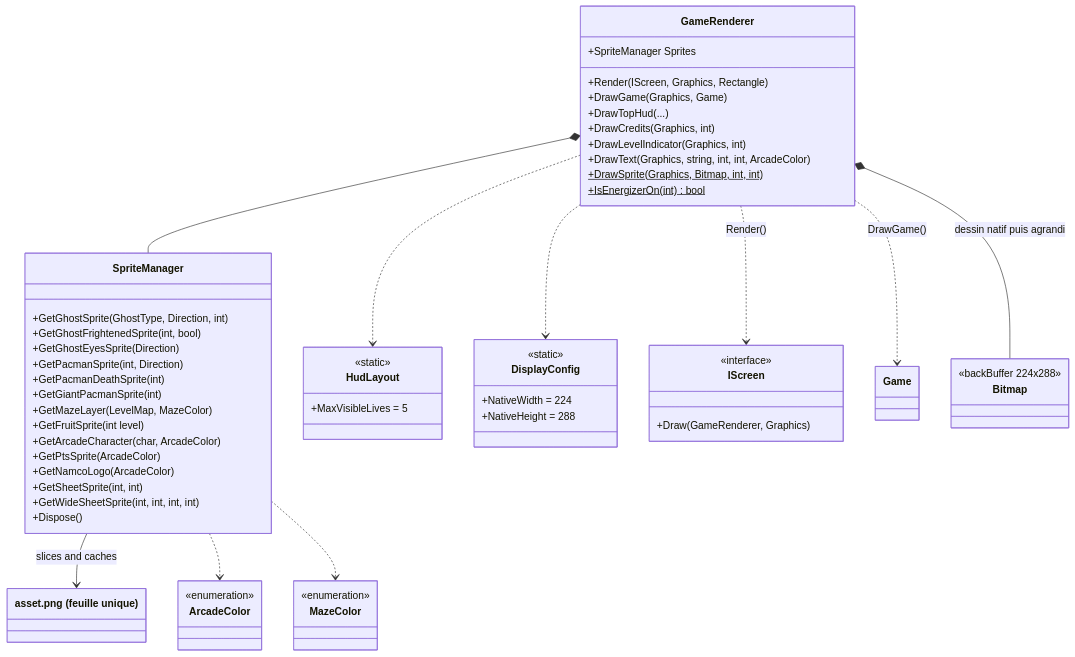
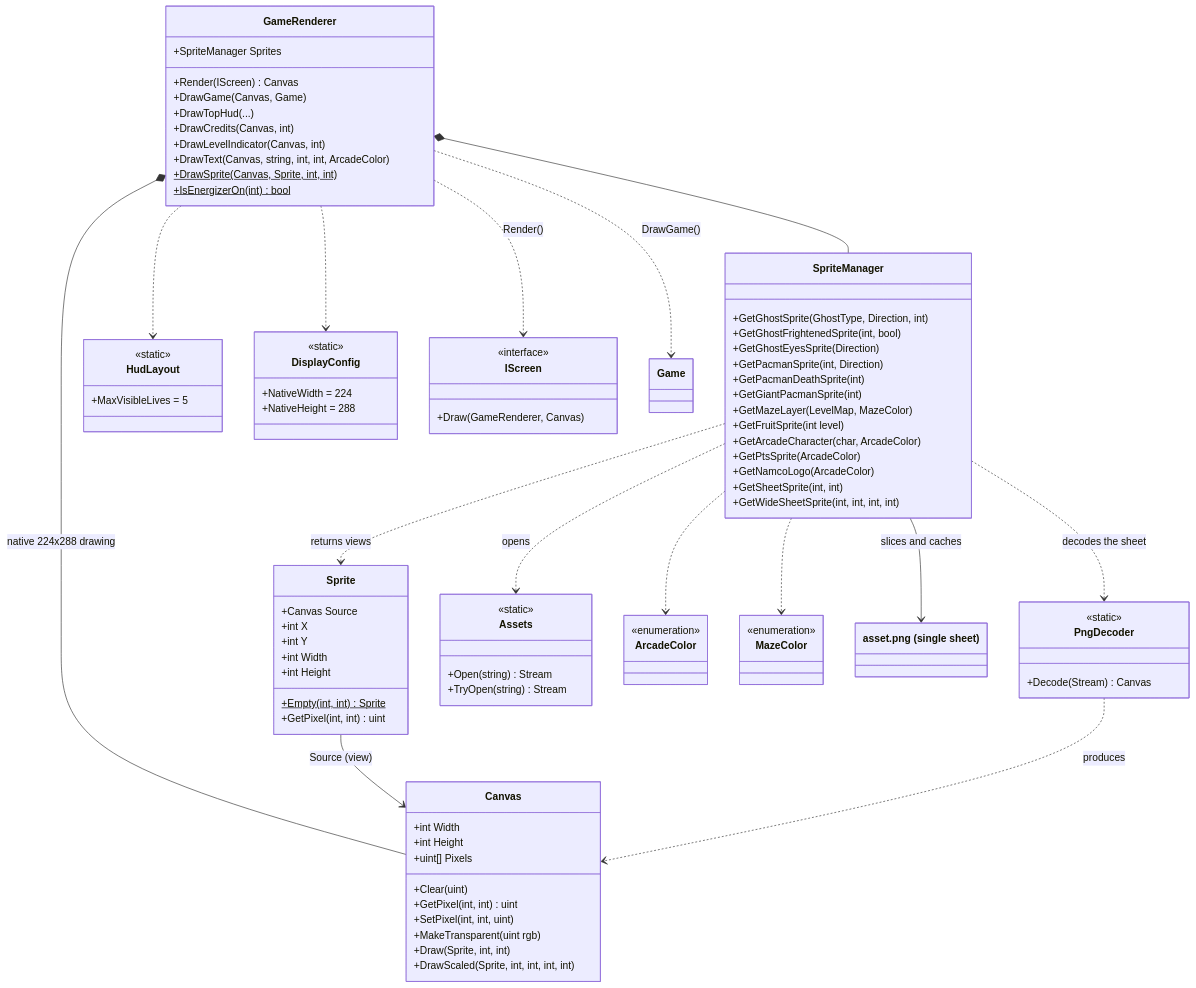
The sixth of 18 diagrams in docs/Pacman_UML_and_State_Diagrams_EN.md (Telev78/pacman), drawn with Mermaid before and after one commit. The commit also changed other lines of this file and 36 other files, not shown here.

```diff
--- a/docs/Pacman_UML_and_State_Diagrams_EN.md
+++ b/docs/Pacman_UML_and_State_Diagrams_EN.md
@@ -525,13 +548,13 @@
   direction TB
   class GameRenderer {
     +SpriteManager Sprites
-    +Render(IScreen, Graphics, Rectangle)
-    +DrawGame(Graphics, Game)
+    +Render(IScreen) Canvas
+    +DrawGame(Canvas, Game)
     +DrawTopHud(...)
-    +DrawCredits(Graphics, int)
-    +DrawLevelIndicator(Graphics, int)
-    +DrawText(Graphics, string, int, int, ArcadeColor)
-    +DrawSprite(Graphics, Bitmap, int, int)$
+    +DrawCredits(Canvas, int)
+    +DrawLevelIndicator(Canvas, int)
+    +DrawText(Canvas, string, int, int, ArcadeColor)
+    +DrawSprite(Canvas, Sprite, int, int)$
     +IsEnergizerOn(int)$ bool
   }
   class SpriteManager {
@@ -548,7 +571,35 @@
     +GetNamcoLogo(ArcadeColor)
     +GetSheetSprite(int, int)
     +GetWideSheetSprite(int, int, int, int)
-    +Dispose()
+  }
+  class Canvas {
+    +int Width
+    +int Height
+    +uint[] Pixels
+    +Clear(uint)
+    +GetPixel(int, int) uint
+    +SetPixel(int, int, uint)
+    +MakeTransparent(uint rgb)
+    +Draw(Sprite, int, int)
+    +DrawScaled(Sprite, int, int, int, int)
+  }
+  class Sprite {
+    +Canvas Source
+    +int X
+    +int Y
+    +int Width
+    +int Height
+    +Empty(int, int)$ Sprite
+    +GetPixel(int, int) uint
+  }
+  class PngDecoder {
+    <<static>>
+    +Decode(Stream) Canvas
+  }
+  class Assets {
+    <<static>>
+    +Open(string) Stream
+    +TryOpen(string) Stream
   }
   class ArcadeColor {
     <<enumeration>>
@@ -567,20 +618,22 @@
   }
   class IScreen {
     <<interface>>
-    +Draw(GameRenderer, Graphics)
+    +Draw(GameRenderer, Canvas)
   }
   class Game
-  class asset_png["asset.png (feuille unique)"]
-  class Bitmap {
-    <<backBuffer 224x288>>
-  }
+  class asset_png["asset.png (single sheet)"]
 
   GameRenderer *-- SpriteManager
-  GameRenderer *-- Bitmap : dessin natif puis agrandi
+  GameRenderer *-- Canvas : native 224x288 drawing
   GameRenderer ..> IScreen : Render()
   GameRenderer ..> Game : DrawGame()
   GameRenderer ..> HudLayout
   GameRenderer ..> DisplayConfig
+  Sprite --> Canvas : Source (view)
+  SpriteManager ..> Sprite : returns views
+  SpriteManager ..> PngDecoder : decodes the sheet
+  SpriteManager ..> Assets : opens
+  PngDecoder ..> Canvas : produces
   SpriteManager --> asset_png : slices and caches
   SpriteManager ..> ArcadeColor
   SpriteManager ..> MazeColor
```
